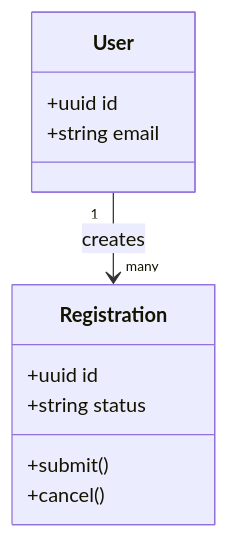
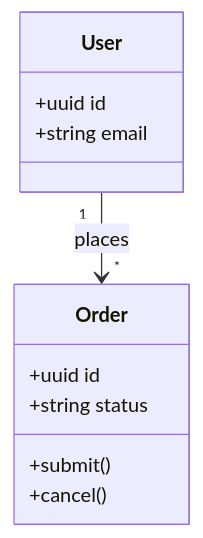
The fifth of 5 diagrams in plugins/strike/skills/system-visualizer/references/mermaid.md (emanualjade/strike), drawn with Mermaid before and after one commit. The commit also changed other lines of this file and 21 other files, not shown here.

````diff
--- a/plugins/strike/skills/system-visualizer/references/mermaid.md
+++ b/plugins/strike/skills/system-visualizer/references/mermaid.md
@@ -169,16 +142,16 @@
 ```mermaid
 classDiagram
   class User {
     +uuid id
     +string email
   }
 
-  class Registration {
+  class Order {
     +uuid id
     +string status
     +submit()
     +cancel()
   }
 
-  User "1" --> "many" Registration : creates
+  User "1" --> "*" Order : places
 ```
````
